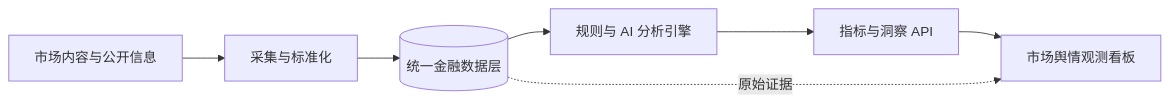
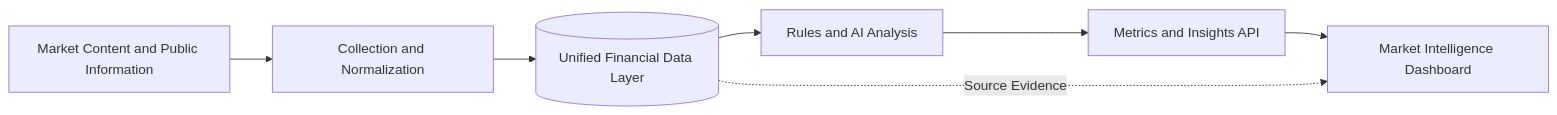
The diagram in README.md (NIKI678531/futu_rader), drawn with Mermaid before and after one commit. The commit also changed other lines of this file, not shown here.

````diff
--- a/README.md
+++ b/README.md
@@ -24,9 +24,9 @@
 ```mermaid
 flowchart LR
-    A[市场内容与公开信息] --> B[采集与标准化]
-    B --> C[(统一金融数据层)]
-    C --> D[规则与 AI 分析引擎]
-    D --> E[指标与洞察 API]
-    E --> F[市场舆情观测看板]
-    C -. 原始证据 .-> F
+    A[Market Content and Public Information] --> B[Collection and Normalization]
+    B --> C[(Unified Financial Data Layer)]
+    C --> D[Rules and AI Analysis]
+    D --> E[Metrics and Insights API]
+    E --> F[Market Intelligence Dashboard]
+    C -. Source Evidence .-> F
 ```
````
